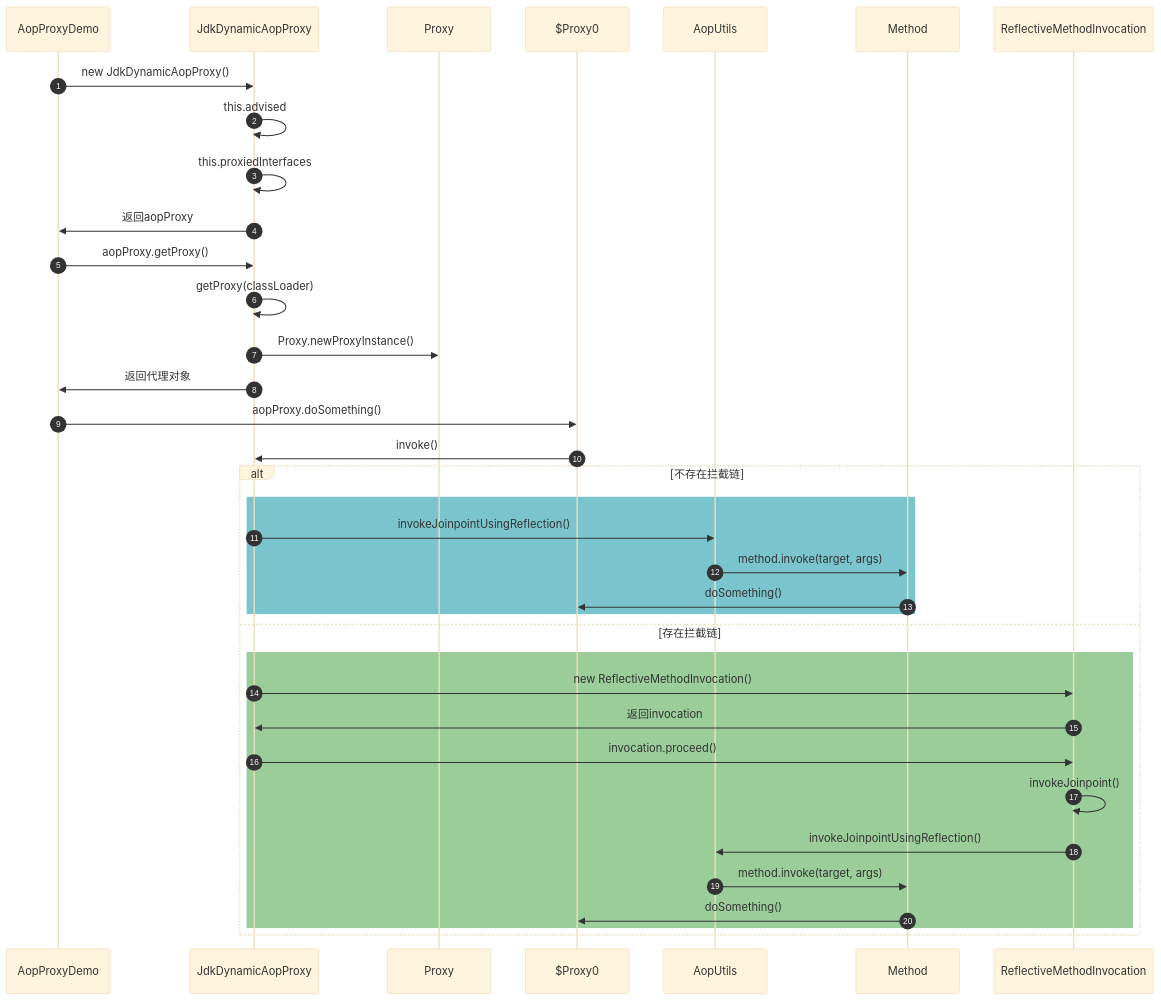
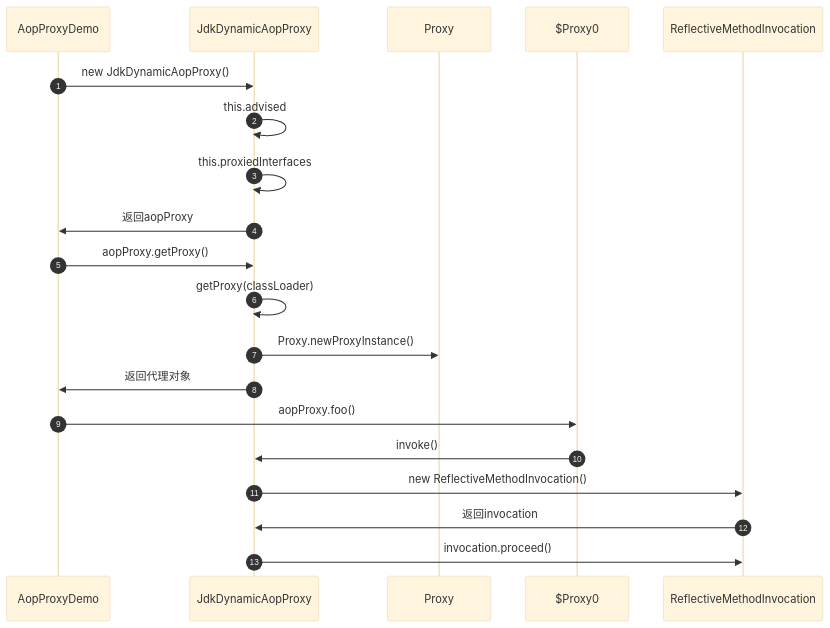
One commit to xuchengsheng/spring-reading changed the second of 3 diagrams in spring-aop/spring-aop-aopProxy/README.md. Above: the diagram before and after it, drawn with Mermaid (base theme). The commit also changed other lines of this file and 3 other files, not shown here.

```diff
--- a/spring-aop/spring-aop-aopProxy/README.md
+++ b/spring-aop/spring-aop-aopProxy/README.md
@@ -205,32 +213,17 @@
 ~~~mermaid
 sequenceDiagram
 autonumber
 AopProxyDemo->>JdkDynamicAopProxy:new JdkDynamicAopProxy()
 JdkDynamicAopProxy->>JdkDynamicAopProxy:this.advised
 JdkDynamicAopProxy->>JdkDynamicAopProxy:this.proxiedInterfaces
 JdkDynamicAopProxy->>AopProxyDemo:返回aopProxy
 AopProxyDemo->>JdkDynamicAopProxy:aopProxy.getProxy()
 JdkDynamicAopProxy->>JdkDynamicAopProxy:getProxy(classLoader)
 JdkDynamicAopProxy->>Proxy:Proxy.newProxyInstance()
 JdkDynamicAopProxy->>AopProxyDemo:返回代理对象
-AopProxyDemo->>$Proxy0:aopProxy.doSomething()
+AopProxyDemo->>$Proxy0:aopProxy.foo()
 $Proxy0->>JdkDynamicAopProxy:invoke()
-alt 不存在拦截链
-	rect rgb(122,197,205)
-		JdkDynamicAopProxy->>AopUtils: invokeJoinpointUsingReflection()
-		AopUtils->>Method:method.invoke(target, args)
-        Method->>$Proxy0:doSomething()
-	end
-else 存在拦截链
-	rect rgb(155,205,155)
-		JdkDynamicAopProxy->>ReflectiveMethodInvocation:new ReflectiveMethodInvocation()
-		ReflectiveMethodInvocation->>JdkDynamicAopProxy:返回invocation
-		JdkDynamicAopProxy->>ReflectiveMethodInvocation:invocation.proceed()
-        ReflectiveMethodInvocation->>ReflectiveMethodInvocation:invokeJoinpoint()
-        ReflectiveMethodInvocation->>AopUtils:invokeJoinpointUsingReflection()
-        AopUtils->>Method:method.invoke(target, args)
-        Method->>$Proxy0:doSomething()
-    end
-end
-
+JdkDynamicAopProxy->>ReflectiveMethodInvocation:new ReflectiveMethodInvocation()
+ReflectiveMethodInvocation->>JdkDynamicAopProxy:返回invocation
+JdkDynamicAopProxy->>ReflectiveMethodInvocation:invocation.proceed()
 ~~~
```
